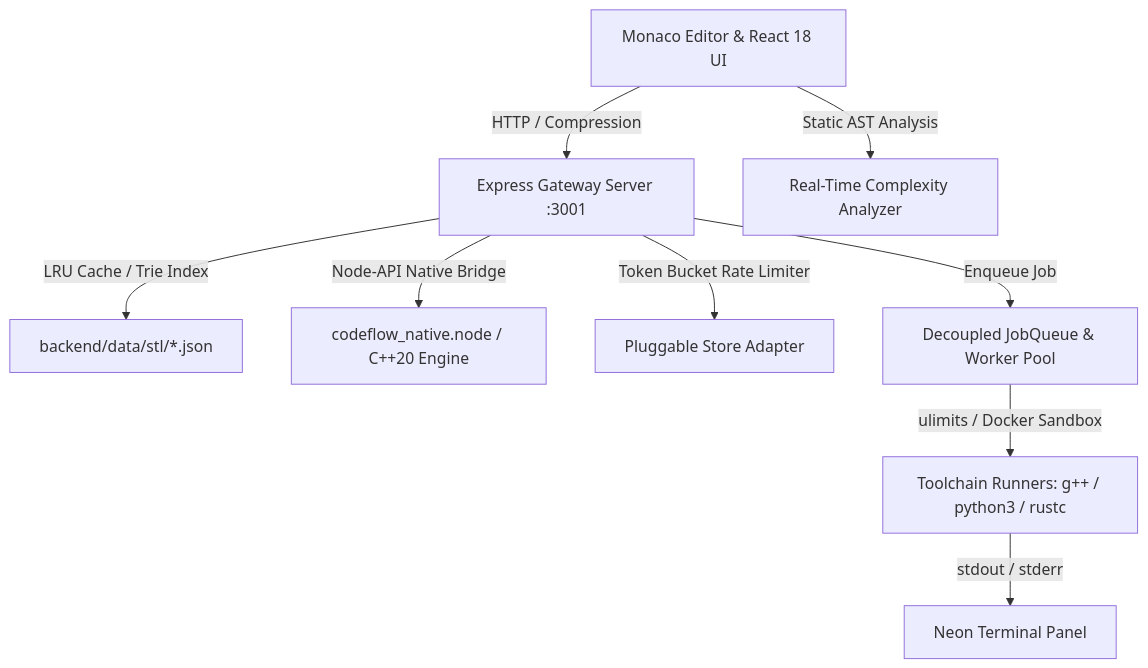
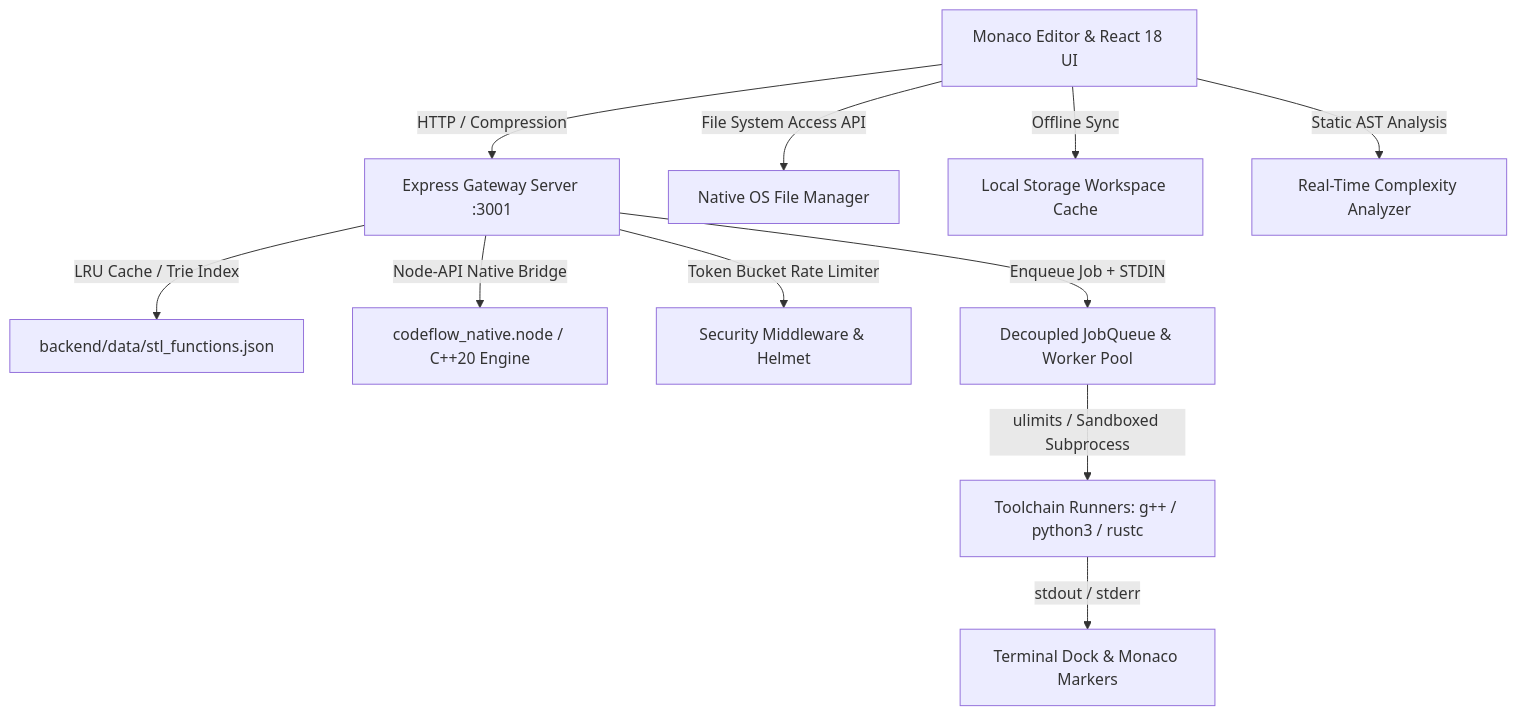
One commit to CodeAXwOrlD/IntelliCPP changed the diagram in README.md. Above: the diagram before and after it, drawn with Mermaid. The commit also changed other lines of this file and 6 other files, not shown here.

````diff
--- a/README.md
+++ b/README.md
@@ -99,14 +127,16 @@
 ```mermaid
 graph TD
     A[Monaco Editor & React 18 UI] -->|HTTP / Compression| B[Express Gateway Server :3001]
+    A -->|File System Access API| FS[Native OS File Manager]
+    A -->|Offline Sync| LS[Local Storage Workspace Cache]
     A -->|Static AST Analysis| C[Real-Time Complexity Analyzer]
     
-    B -->|LRU Cache / Trie Index| D[backend/data/stl/*.json]
+    B -->|LRU Cache / Trie Index| D[backend/data/stl_functions.json]
     B -->|Node-API Native Bridge| E[codeflow_native.node / C++20 Engine]
     
-    B -->|Token Bucket Rate Limiter| F[Pluggable Store Adapter]
-    B -->|Enqueue Job| G[Decoupled JobQueue & Worker Pool]
+    B -->|Token Bucket Rate Limiter| F[Security Middleware & Helmet]
+    B -->|Enqueue Job + STDIN| G[Decoupled JobQueue & Worker Pool]
     
-    G -->|ulimits / Docker Sandbox| H[Toolchain Runners: g++ / python3 / rustc]
-    H -->|stdout / stderr| I[Neon Terminal Panel]
+    G -->|ulimits / Sandboxed Subprocess| H[Toolchain Runners: g++ / python3 / rustc]
+    H -->|stdout / stderr| I[Terminal Dock & Monaco Markers]
 ```
````
